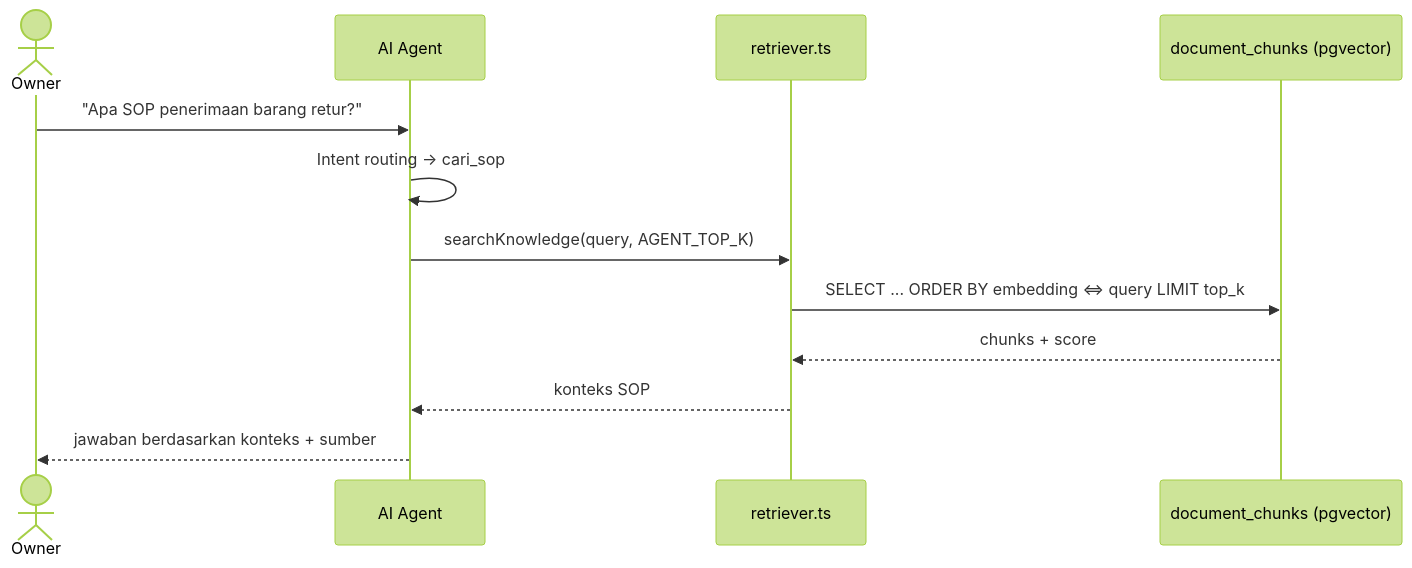
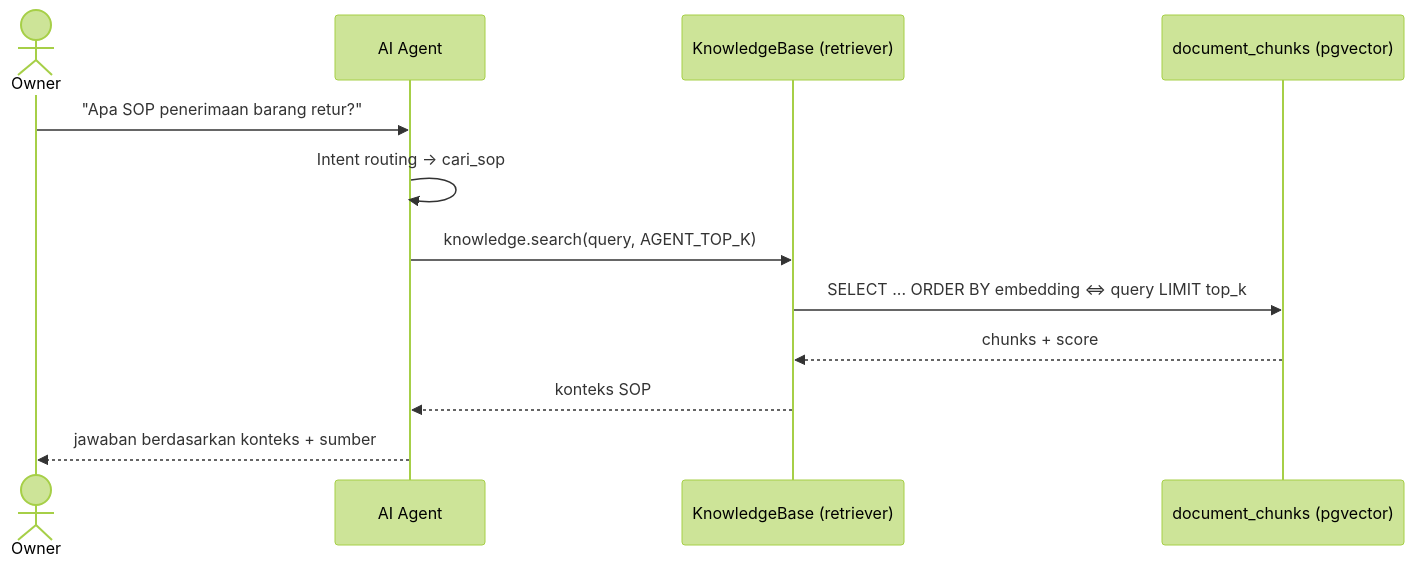
Before and after one commit to EkaBachrudin/ims: the seventh of 7 diagrams in capstone/PROPOSAL.md, drawn with Mermaid (forest theme). The commit also changed other lines of this file and 125 other files, not shown here.

Commit message:
refactor(arch): apply layered architecture to backend & ai-agent, align docs

````diff
--- a/capstone/PROPOSAL.md
+++ b/capstone/PROPOSAL.md
@@ -634,15 +606,15 @@
 ```mermaid
 sequenceDiagram
     actor Owner
     participant AI as AI Agent
-    participant RAG as retriever.ts
+    participant RAG as KnowledgeBase (retriever)
     participant PG as document_chunks (pgvector)
 
     Owner->>AI: "Apa SOP penerimaan barang retur?"
     AI->>AI: Intent routing → cari_sop
-    AI->>RAG: searchKnowledge(query, AGENT_TOP_K)
+    AI->>RAG: knowledge.search(query, AGENT_TOP_K)
     RAG->>PG: SELECT ... ORDER BY embedding <=> query LIMIT top_k
     PG-->>RAG: chunks + score
     RAG-->>AI: konteks SOP
     AI-->>Owner: jawaban berdasarkan konteks + sumber
 ```
````
